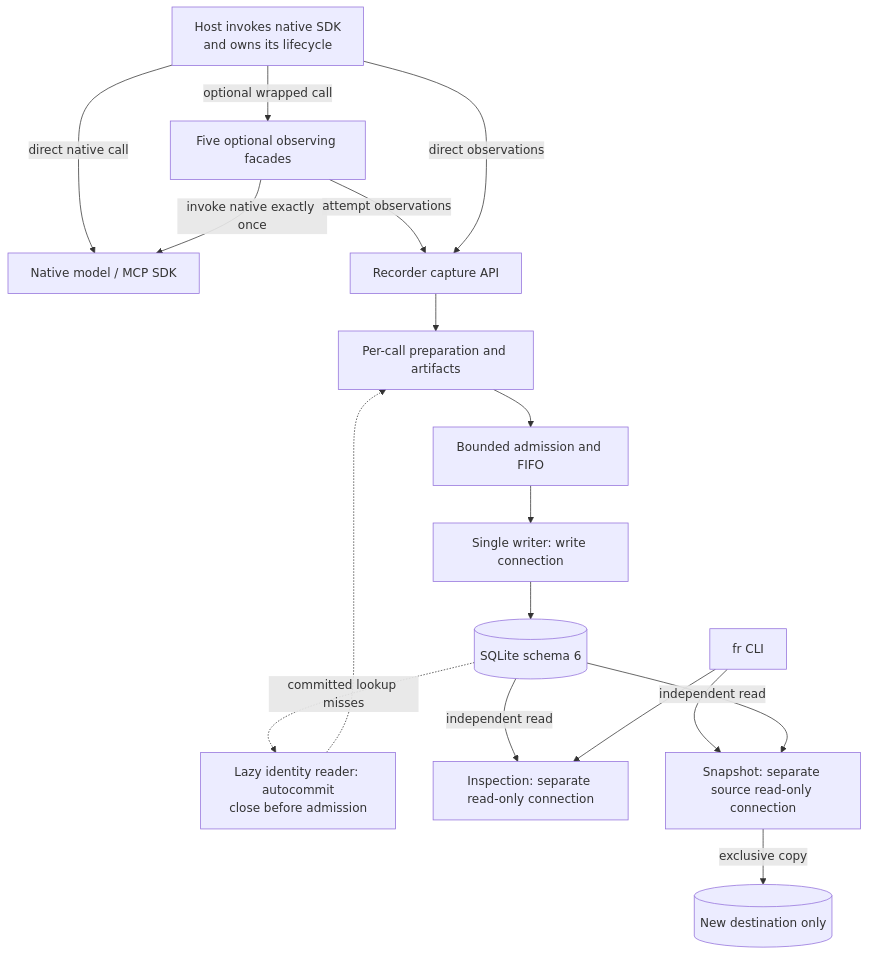
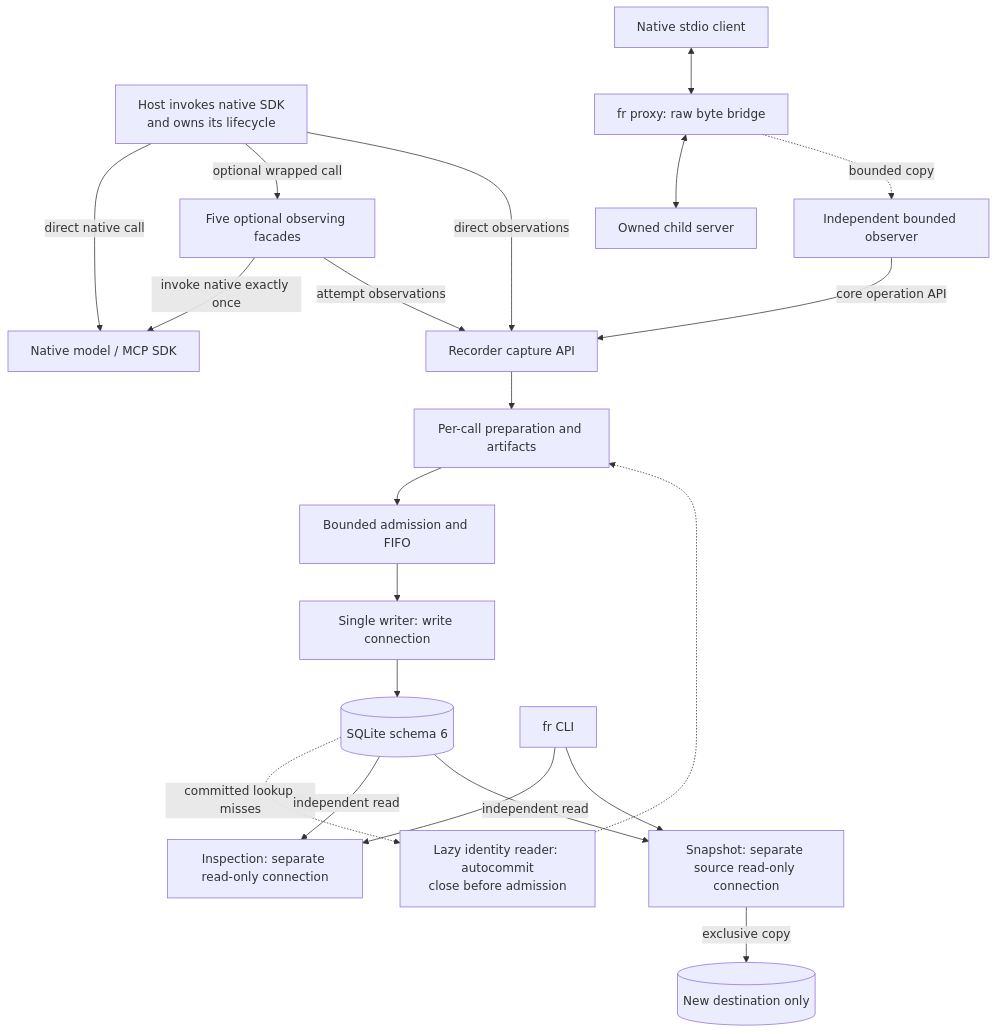
The second of 14 diagrams in docs/architecture.md (Steady-Hand-AI/mcp-flightrecorder), drawn with Mermaid before and after one commit. The commit also changed other lines of this file and 38 other files, not shown here.

Commit message:
Add bounded stdio MCP recording proxy and prepare 0.5.21

````diff
--- a/docs/architecture.md
+++ b/docs/architecture.md
@@ -351,28 +352,35 @@
 ```mermaid
 flowchart TD
     Host["Host invokes native SDK<br/>and owns its lifecycle"]
     Native["Native model / MCP SDK"]
     Facades["Five optional observing facades"]
     API["Recorder capture API"]
     Prep["Per-call preparation and artifacts"]
     Identity["Lazy identity reader: autocommit<br/>close before admission"]
     Queue["Bounded admission and FIFO"]
     Writer["Single writer: write connection"]
     DB[("SQLite schema 6")]
     Reader["Inspection: separate read-only connection"]
     CLI["fr CLI"]
     Snap["Snapshot: separate source read-only connection"]
     New[("New destination only")]
+    Client["Native stdio client"]
+    Proxy["fr proxy: raw byte bridge"]
+    Child["Owned child server"]
+    Observer["Independent bounded observer"]
+    Client <--> Proxy <--> Child
+    Proxy -.->|bounded copy| Observer
+    Observer -->|core operation API| API
     Host -->|direct native call| Native
     Host -->|optional wrapped call| Facades
     Facades -->|invoke native exactly once| Native
     Facades -->|attempt observations| API
     Host -->|direct observations| API
     API --> Prep --> Queue --> Writer --> DB
     DB -.->|committed lookup misses| Identity -.-> Prep
     DB -->|independent read| Reader
     CLI --> Reader
     CLI --> Snap
     DB -->|independent read| Snap
     Snap -->|exclusive copy| New
 ```
````
